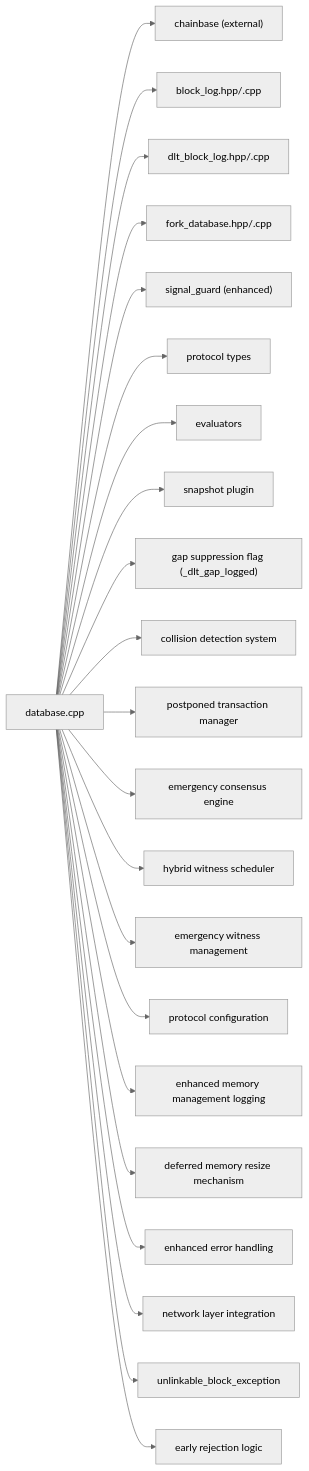
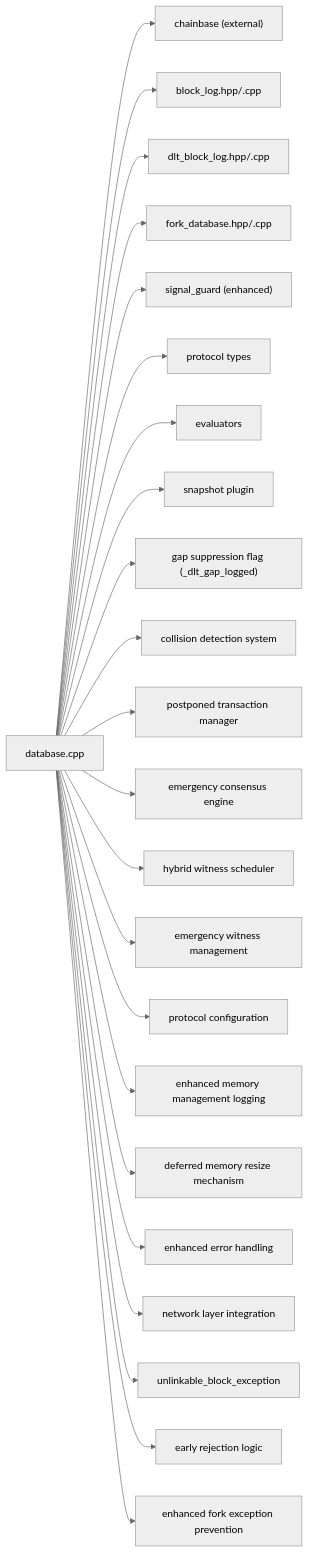
Before and after one commit to VIZ-Blockchain/viz-cpp-node: diagram 27 of 27 in .qoder/repowiki/en/content/Architecture Overview/Core Libraries/Chain Library/Database Management/Database Management.md, drawn with Mermaid (neutral theme). The commit also changed other lines of this file and 5 other files, not shown here.

````diff
--- a/.qoder/repowiki/en/content/Architecture Overview/Core Libraries/Chain Library/Database Management/Database Management.md
+++ b/.qoder/repowiki/en/content/Architecture Overview/Core Libraries/Chain Library/Database Management/Database Management.md
@@ -1268,24 +1314,25 @@
 ```mermaid
 graph LR
 DB["database.cpp"] --> CB["chainbase (external)"]
 DB --> BL["block_log.hpp/.cpp"]
 DB --> DLT["dlt_block_log.hpp/.cpp"]
 DB --> FD["fork_database.hpp/.cpp"]
 DB --> SG["signal_guard (enhanced)"]
 DB --> PT["protocol types"]
 DB --> EV["evaluators"]
 DB --> SNAP["snapshot plugin"]
 DB --> GAP["gap suppression flag (_dlt_gap_logged)"]
 DB --> COLL["collision detection system"]
 DB --> POST["postponed transaction manager"]
 DB --> EMER["emergency consensus engine"]
 DB --> HYBRID["hybrid witness scheduler"]
 DB --> WITNESS["emergency witness management"]
 DB --> PROTO["protocol configuration"]
 DB --> MEMLOG["enhanced memory management logging"]
 DB --> DEFER["deferred memory resize mechanism"]
 DB --> ERROR["enhanced error handling"]
 DB --> NETWORK["network layer integration"]
 DB --> UNLINK["unlinkable_block_exception"]
 DB --> EARLY["early rejection logic"]
+DB --> EXCEP["enhanced fork exception prevention"]
 ```
````
